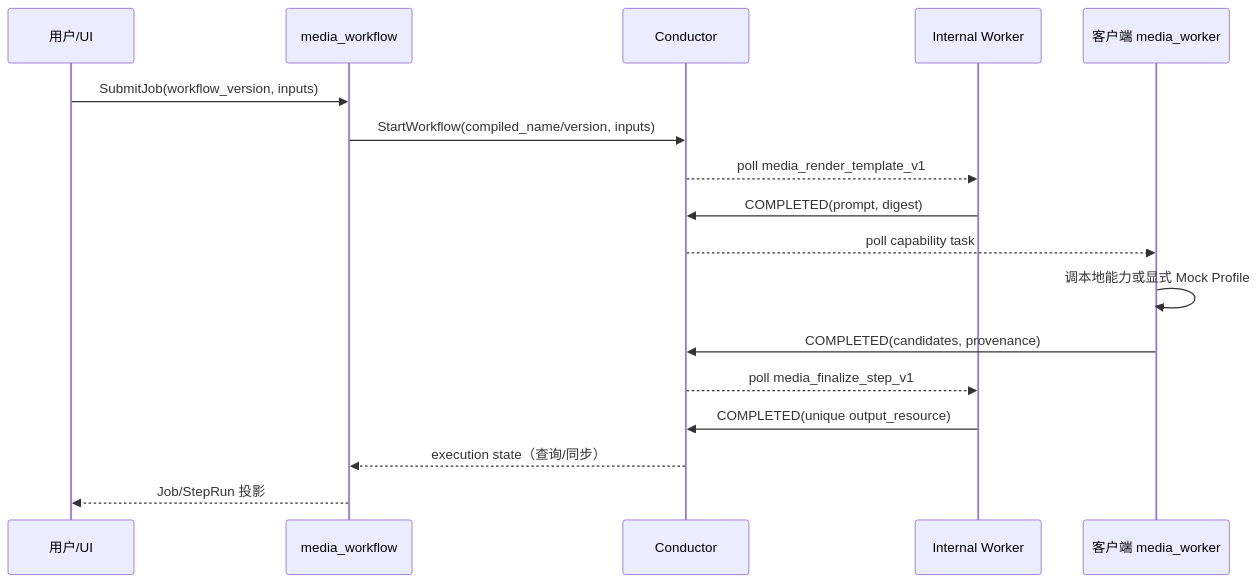
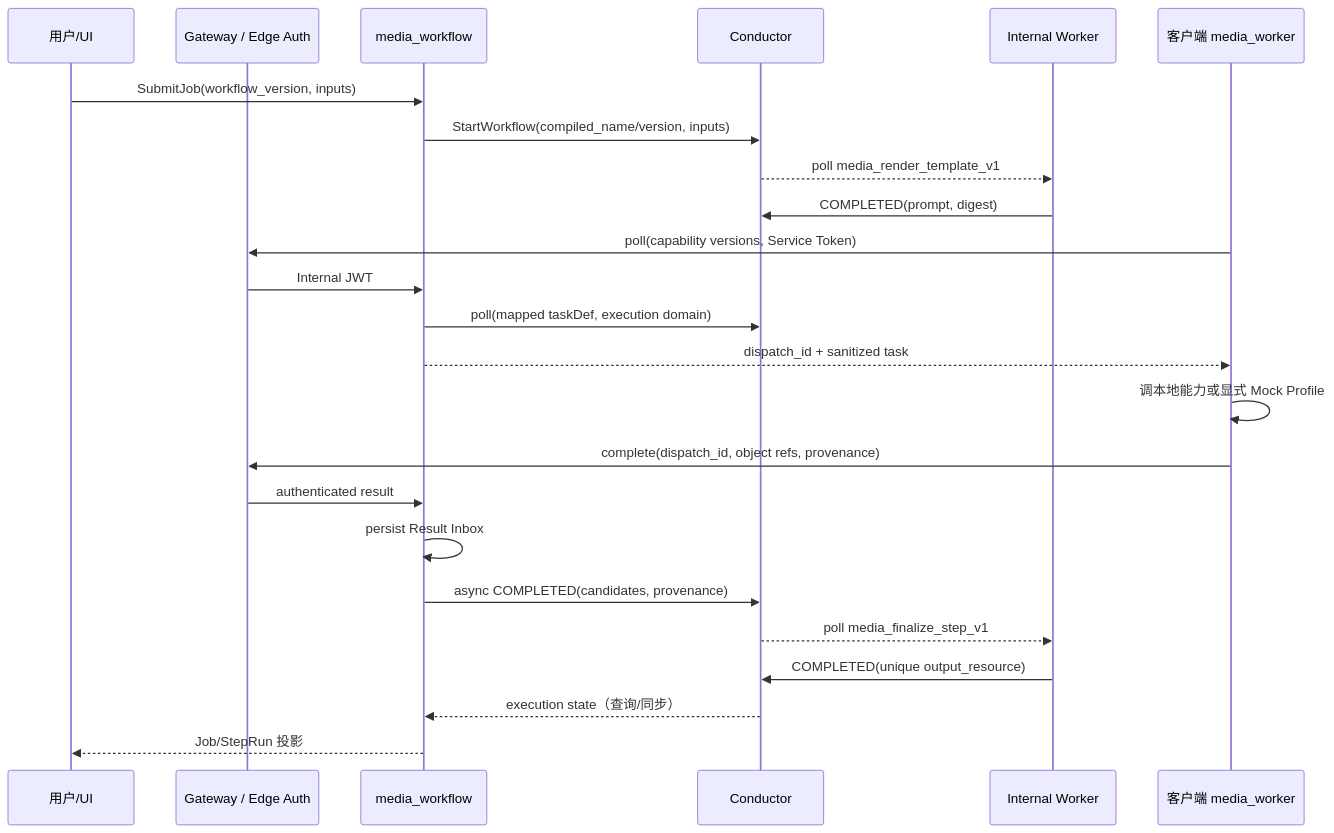
One commit to hotttao/media_agent changed the diagram in docs/ddd/media_workflow/workflow/0003-conductor-compilation/conductor_compilation.md. Above: the diagram before and after it, drawn with Mermaid. The commit also changed other lines of this file and 22 other files, not shown here.

````diff
--- a/docs/ddd/media_workflow/workflow/0003-conductor-compilation/conductor_compilation.md
+++ b/docs/ddd/media_workflow/workflow/0003-conductor-compilation/conductor_compilation.md
@@ -43,20 +44,27 @@
 ```mermaid
 sequenceDiagram
     participant User as 用户/UI
+    participant G as Gateway / Edge Auth
     participant MW as media_workflow
     participant C as Conductor
     participant IW as Internal Worker
     participant CW as 客户端 media_worker
 
     User->>MW: SubmitJob(workflow_version, inputs)
     MW->>C: StartWorkflow(compiled_name/version, inputs)
     C-->>IW: poll media_render_template_v1
     IW->>C: COMPLETED(prompt, digest)
-    C-->>CW: poll capability task
+    CW->>G: poll(capability versions, Service Token)
+    G->>MW: Internal JWT
+    MW->>C: poll(mapped taskDef, execution domain)
+    MW-->>CW: dispatch_id + sanitized task
     CW->>CW: 调本地能力或显式 Mock Profile
-    CW->>C: COMPLETED(candidates, provenance)
+    CW->>G: complete(dispatch_id, object refs, provenance)
+    G->>MW: authenticated result
+    MW->>MW: persist Result Inbox
+    MW->>C: async COMPLETED(candidates, provenance)
     C-->>IW: poll media_finalize_step_v1
     IW->>C: COMPLETED(unique output_resource)
     C-->>MW: execution state（查询/同步）
     MW-->>User: Job/StepRun 投影
 ```
````
